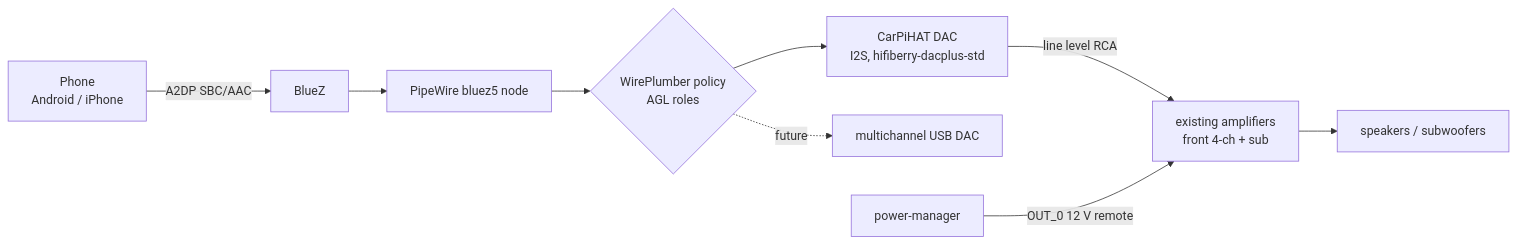
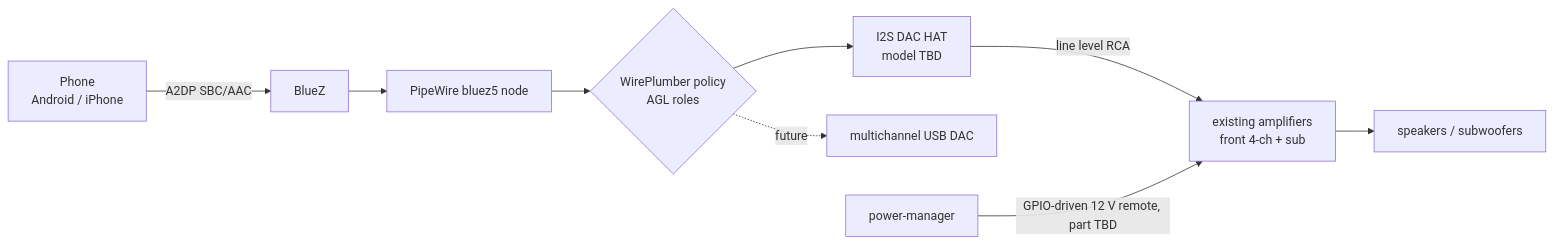
The diagram in docs/architecture/audio-routing.md (darickc/TruckDashboard), drawn with Mermaid before and after one commit. The commit also changed other lines of this file and 16 other files, not shown here.

First line of the commit message:
docs: power from a mini-box DCDC-USB; drop the CarPiHAT (ADR-0013)

````diff
--- a/docs/architecture/audio-routing.md
+++ b/docs/architecture/audio-routing.md
@@ -18,11 +18,11 @@
 ```mermaid
 flowchart LR
   PHONE[Phone<br/>Android / iPhone] -- A2DP SBC/AAC --> BZ[BlueZ]
   BZ --> PW[PipeWire bluez5 node]
   PW --> WP{WirePlumber policy<br/>AGL roles}
-  WP --> DAC[CarPiHAT DAC<br/>I2S, hifiberry-dacplus-std]
+  WP --> DAC[I2S DAC HAT<br/>model TBD]
   WP -. future .-> USBDAC[multichannel USB DAC]
   DAC -- line level RCA --> AMP[existing amplifiers<br/>front 4-ch + sub]
   AMP --> SPK[speakers / subwoofers]
-  PM[power-manager] -- OUT_0 12 V remote --> AMP
+  PM[power-manager] -- GPIO-driven 12 V remote, part TBD --> AMP
 ```
````
